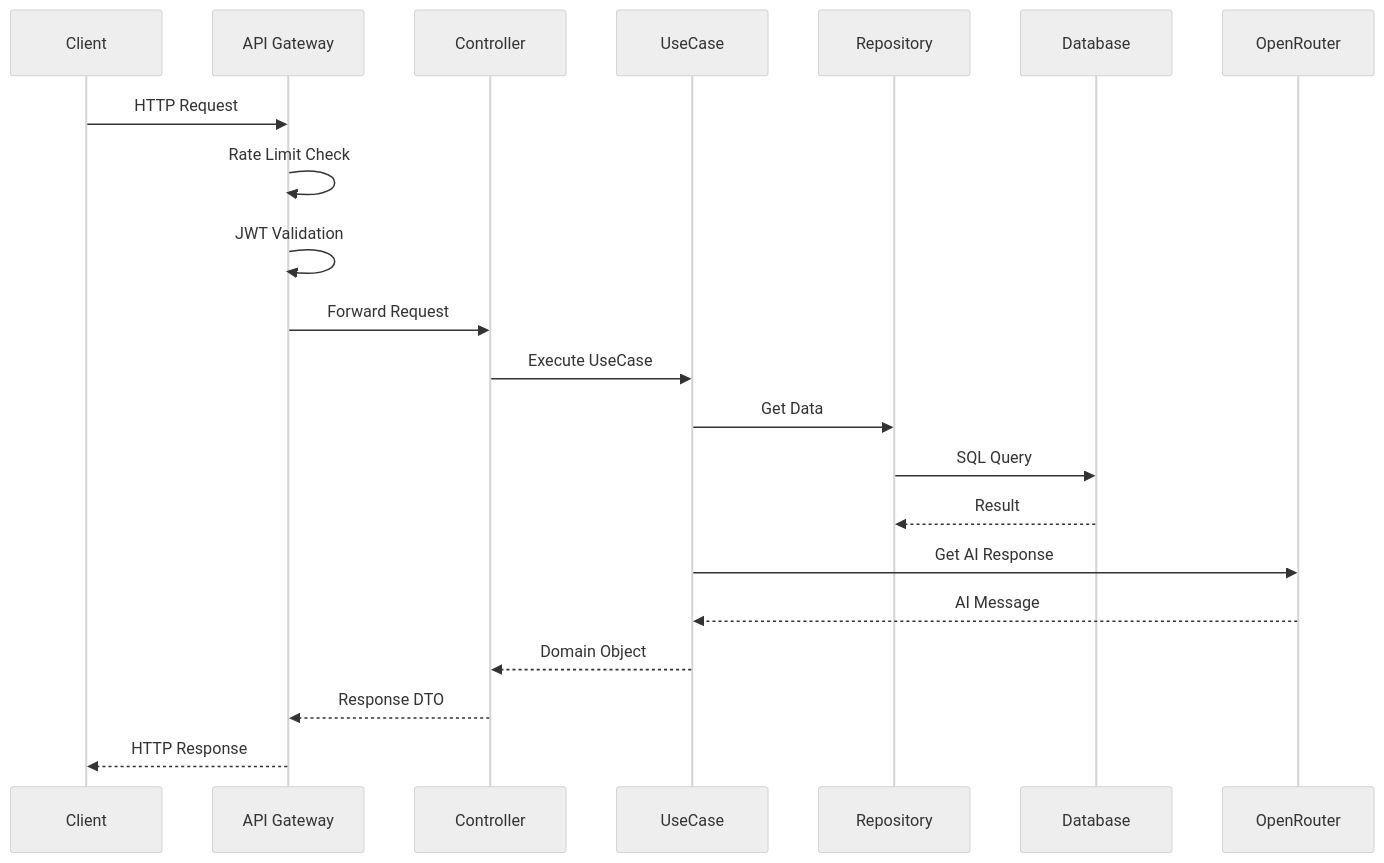
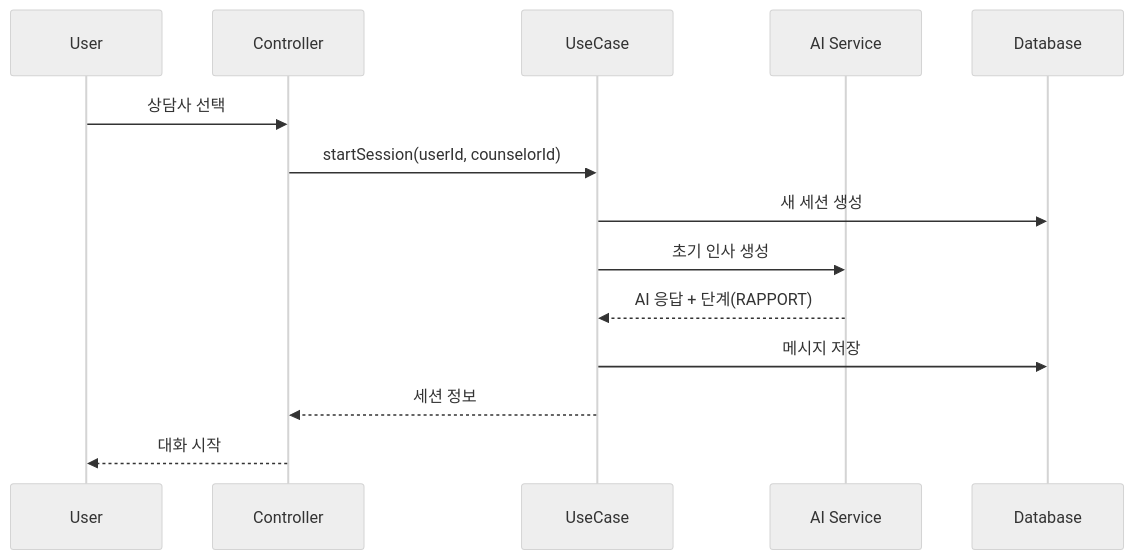
Before and after one commit to Mrbaeksang/ai-counseling-app: the second of 3 diagrams in docs/system-architecture.md, drawn with Mermaid (neutral theme). The commit also changed other lines of this file and 7 other files, not shown here.

````diff
--- a/docs/system-architecture.md
+++ b/docs/system-architecture.md
@@ -97,24 +192,17 @@
 ```mermaid
 sequenceDiagram
-    participant C as Client
-    participant G as API Gateway
-    participant A as Controller
-    participant U as UseCase
-    participant R as Repository
+    participant U as User
+    participant C as Controller
+    participant UC as UseCase
+    participant AI as AI Service
     participant DB as Database
-    participant AI as OpenRouter
-
-    C->>G: HTTP Request
-    G->>G: Rate Limit Check
-    G->>G: JWT Validation
-    G->>A: Forward Request
-    A->>U: Execute UseCase
-    U->>R: Get Data
-    R->>DB: SQL Query
-    DB-->>R: Result
-    U->>AI: Get AI Response
-    AI-->>U: AI Message
-    U-->>A: Domain Object
-    A-->>G: Response DTO
-    G-->>C: HTTP Response
+    
+    U->>C: 상담사 선택
+    C->>UC: startSession(userId, counselorId)
+    UC->>DB: 새 세션 생성
+    UC->>AI: 초기 인사 생성
+    AI-->>UC: AI 응답 + 단계(RAPPORT)
+    UC->>DB: 메시지 저장
+    UC-->>C: 세션 정보
+    C-->>U: 대화 시작
 ```
````
